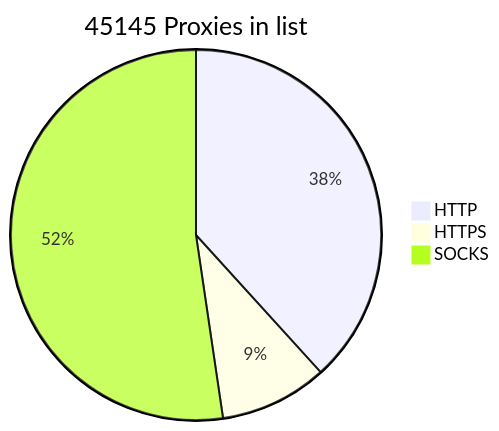
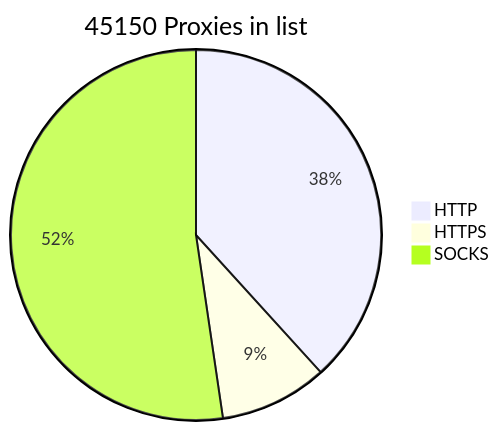
One commit to BlackSnowDot/proxylist-update-every-minute changed the diagram in README.md. Above: the diagram before and after it, drawn with Mermaid.

````diff
--- a/README.md
+++ b/README.md
@@ -2,6 +2,6 @@
 ```mermaid
-pie title 45145 Proxies in list
-    "HTTP" : 18858
-    "HTTPS": 4634
+pie title 45150 Proxies in list
+    "HTTP" : 18860
+    "HTTPS": 4638
     "SOCKS" : 25792
 ```
````
